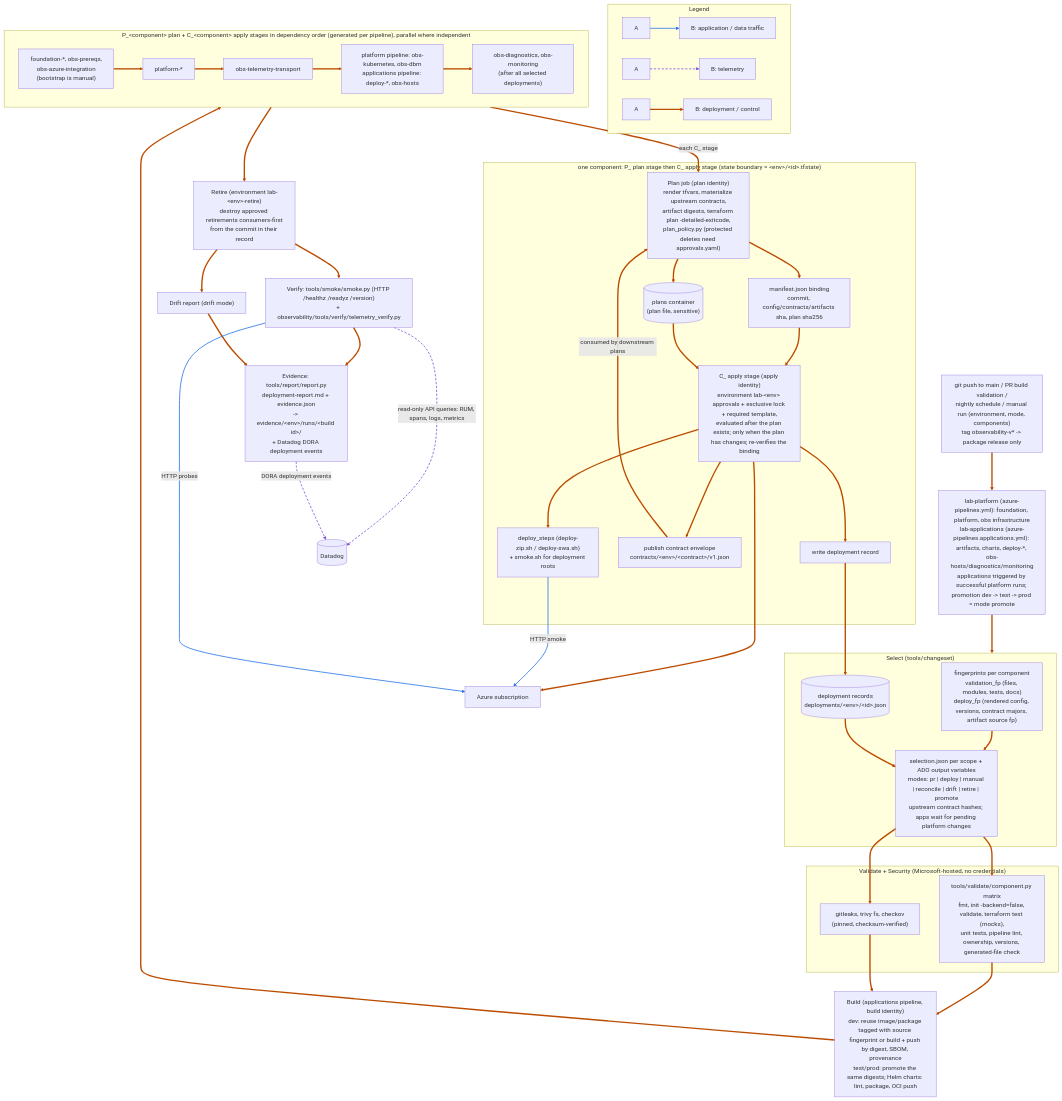
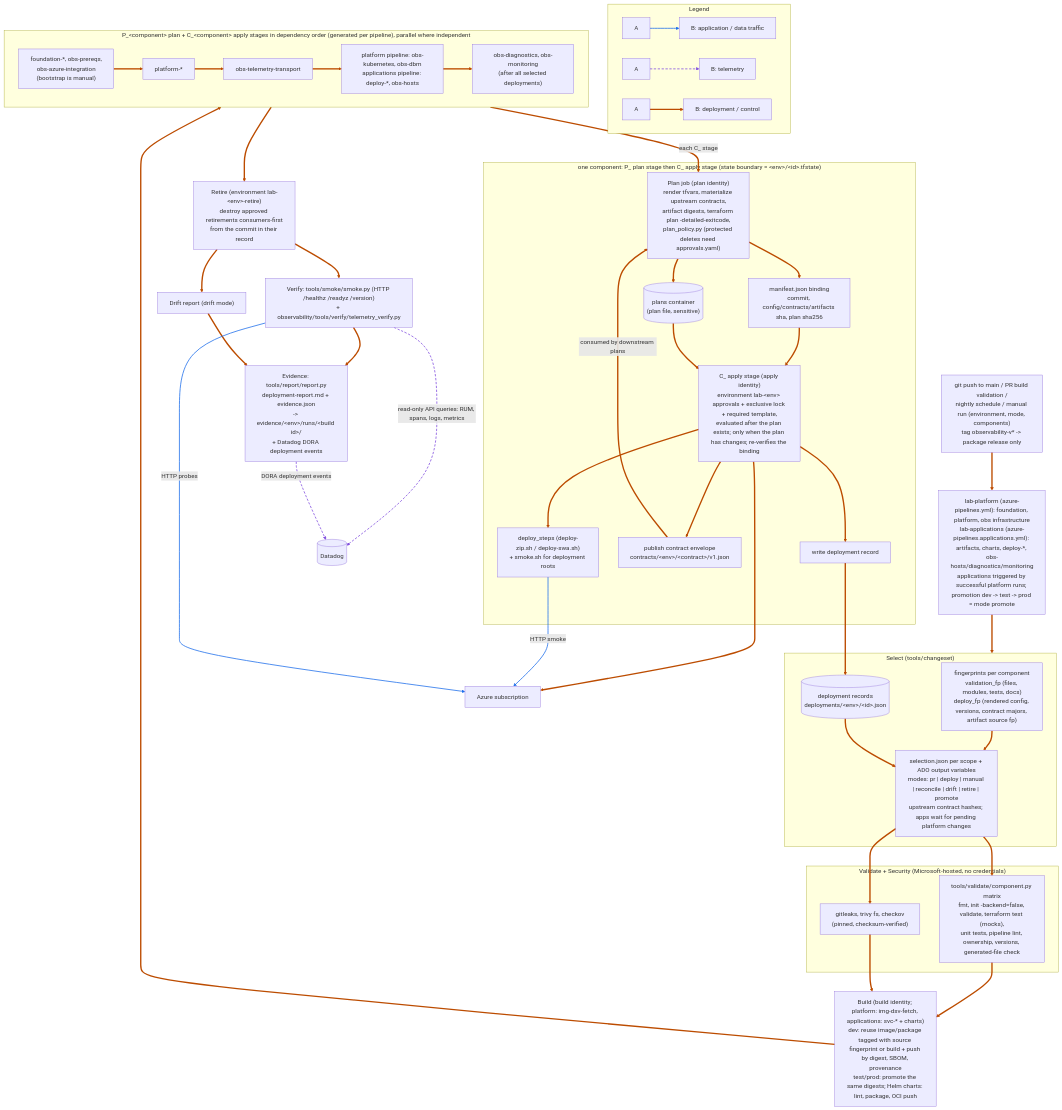
Before and after one commit to droderiquesit/enterprise-architecture: the diagram in docs/diagrams/src/05-delivery.mmd, drawn with Mermaid. The commit also changed 331 other files, not shown here.

First line of the commit message:
WIP: full repository review in progress (docs refreshed for 4.0.0, docs index, telemetry diagram redrawn)

```diff
--- a/docs/diagrams/src/05-delivery.mmd
+++ b/docs/diagrams/src/05-delivery.mmd
@@ -1,90 +1,90 @@
 %% Delivery: two Azure DevOps pipelines on one governed template (pipelines/templates/universal.yml):
 %% azure-pipelines.yml (platform) and azure-pipelines.applications.yml (applications); generated stages per scope.
 %% Sources: pipelines/README.md, tools/README.md, tools/changeset, tools/deploy, tools/report, ADR-0001 sections 4-5.
 flowchart TB
   subgraph LEGEND["Legend"]
     direction LR
     lg1["A"] la@--> lg2["B: application / data traffic"]
     lg3["A"] lt@-.-> lg4["B: telemetry"]
     lg5["A"] lc@==> lg6["B: deployment / control"]
   end
 
   GIT["git push to main / PR build validation /<br/>nightly schedule / manual run (environment, mode, components)<br/>tag observability-v* -> package release only"]
   PIPES["lab-platform (azure-pipelines.yml): foundation, platform, obs infrastructure<br/>lab-applications (azure-pipelines.applications.yml): artifacts, charts, deploy-*, obs-hosts/diagnostics/monitoring<br/>applications triggered by successful platform runs; promotion dev -> test -> prod = mode promote"]
 
   subgraph SELECT["Select (tools/changeset)"]
     FP["fingerprints per component<br/>validation_fp (files, modules, tests, docs)<br/>deploy_fp (rendered config, versions, contract majors, artifact source fp)"]
     REC[("deployment records<br/>deployments/&lt;env&gt;/&lt;id&gt;.json")]
     SEL["selection.json per scope + ADO output variables<br/>modes: pr | deploy | manual | reconcile | drift | retire | promote<br/>upstream contract hashes; apps wait for pending platform changes"]
   end
 
   subgraph CHECKS["Validate + Security (Microsoft-hosted, no credentials)"]
     VAL["tools/validate/component.py matrix<br/>fmt, init -backend=false, validate, terraform test (mocks),<br/>unit tests, pipeline lint, ownership, versions, generated-file check"]
     SEC["gitleaks, trivy fs, checkov<br/>(pinned, checksum-verified)"]
   end
 
-  BUILD["Build (applications pipeline, build identity)<br/>dev: reuse image/package tagged with source fingerprint or build + push by digest, SBOM, provenance<br/>test/prod: promote the same digests; Helm charts: lint, package, OCI push"]
+  BUILD["Build (build identity; platform: img-dsv-fetch, applications: svc-* + charts)<br/>dev: reuse image/package tagged with source fingerprint or build + push by digest, SBOM, provenance<br/>test/prod: promote the same digests; Helm charts: lint, package, OCI push"]
 
   subgraph WAVES["P_&lt;component&gt; plan + C_&lt;component&gt; apply stages in dependency order (generated per pipeline), parallel where independent"]
     direction LR
     W0["foundation-*, obs-prereqs,<br/>obs-azure-integration<br/>(bootstrap is manual)"] w01@==> W1["platform-*"]
     W1 w12@==> W2["obs-telemetry-transport"]
     W2 w23@==> W3["platform pipeline: obs-kubernetes, obs-dbm<br/>applications pipeline: deploy-*, obs-hosts"]
     W3 w34@==> W4["obs-diagnostics, obs-monitoring<br/>(after all selected deployments)"]
   end
 
   subgraph STAGE["one component: P_ plan stage then C_ apply stage (state boundary = &lt;env&gt;/&lt;id&gt;.tfstate)"]
     PLAN["Plan job (plan identity)<br/>render tfvars, materialize upstream contracts,<br/>artifact digests, terraform plan -detailed-exitcode,<br/>plan_policy.py (protected deletes need approvals.yaml)"]
     PLANS[("plans container<br/>(plan file, sensitive)")]
     MAN["manifest.json binding<br/>commit, config/contracts/artifacts sha, plan sha256"]
     APPLY["C_ apply stage (apply identity)<br/>environment lab-&lt;env&gt; approvals + exclusive lock + required template,<br/>evaluated after the plan exists; only when the plan has changes; re-verifies the binding"]
     POST["deploy_steps (deploy-zip.sh / deploy-swa.sh)<br/>+ smoke.sh for deployment roots"]
     PUB["publish contract envelope<br/>contracts/&lt;env&gt;/&lt;contract&gt;/v1.json"]
     WREC["write deployment record"]
   end
 
   RETIRE["Retire (environment lab-&lt;env&gt;-retire)<br/>destroy approved retirements consumers-first<br/>from the commit in their record"]
   VERIFY["Verify: tools/smoke/smoke.py (HTTP /healthz /readyz /version)<br/>+ observability/tools/verify/telemetry_verify.py"]
   DRIFT["Drift report (drift mode)"]
   EVID["Evidence: tools/report/report.py<br/>deployment-report.md + evidence.json<br/>-> evidence/&lt;env&gt;/runs/&lt;build id&gt;/<br/>+ Datadog DORA deployment events"]
 
   AZ["Azure subscription"]
   DDOG[("Datadog")]
 
   GIT c1@==> PIPES
   PIPES c0@==> SELECT
   FP c2@==> SEL
   REC c3@==> SEL
   SEL c4@==> VAL
   SEL c5@==> SEC
   VAL c6@==> BUILD
   SEC c7@==> BUILD
   BUILD c8@==> WAVES
   WAVES c9@==>|"each C_ stage"| PLAN
   PLAN c10@==> PLANS
   PLAN c11@==> MAN
   MAN c12@==> APPLY
   PLANS c13@==> APPLY
   APPLY c14@==> AZ
   APPLY c15@==> POST
   APPLY c16@==> PUB
   PUB c17@==>|"consumed by downstream plans"| PLAN
   APPLY c18@==> WREC
   WREC c19@==> REC
   WAVES c20@==> RETIRE
   RETIRE c21@==> VERIFY
   RETIRE c22@==> DRIFT
   VERIFY c23@==> EVID
   DRIFT c24@==> EVID
 
   POST a1@-->|"HTTP smoke"| AZ
   VERIFY a2@-->|"HTTP probes"| AZ
   VERIFY t1@-.->|"read-only API queries: RUM, spans, logs, metrics"| DDOG
   EVID t2@-.->|"DORA deployment events"| DDOG
 
   classDef app stroke:#1f6feb,stroke-width:2px
   classDef tel stroke:#8250df,stroke-width:2px,stroke-dasharray:6 4
   classDef ctl stroke:#bc4c00,stroke-width:3.5px
   class la,a1,a2 app
   class lt,t1,t2 tel
   class lc,c0,c1,c2,c3,c4,c5,c6,c7,c8,c9,c10,c11,c12,c13,c14,c15,c16,c17,c18,c19,c20,c21,c22,c23,c24,w01,w12,w23,w34 ctl
```
